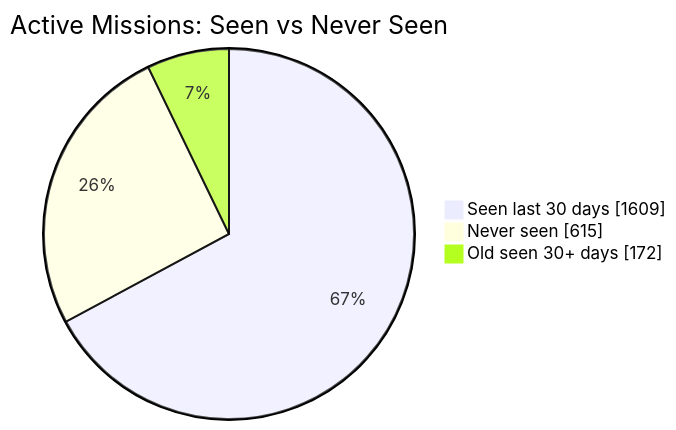
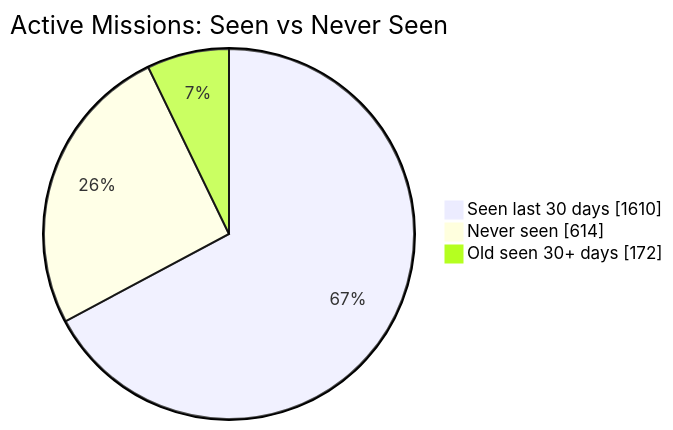
One commit to MeldkamerspelGameTeam/active-missions changed the first of 2 diagrams in README.md. Above: the diagram before and after it, drawn with Mermaid. The commit also changed other lines of this file and 3 other files, not shown here.

````diff
--- a/README.md
+++ b/README.md
@@ -34,7 +34,7 @@
 ```mermaid
 pie showData
     title Active Missions: Seen vs Never Seen
-    "Seen last 30 days" : 1609
-    "Never seen" : 615
+    "Seen last 30 days" : 1610
+    "Never seen" : 614
     "Old seen 30+ days" : 172
 ```
````
